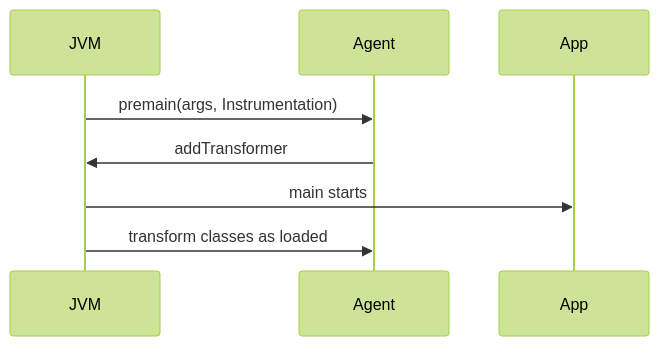
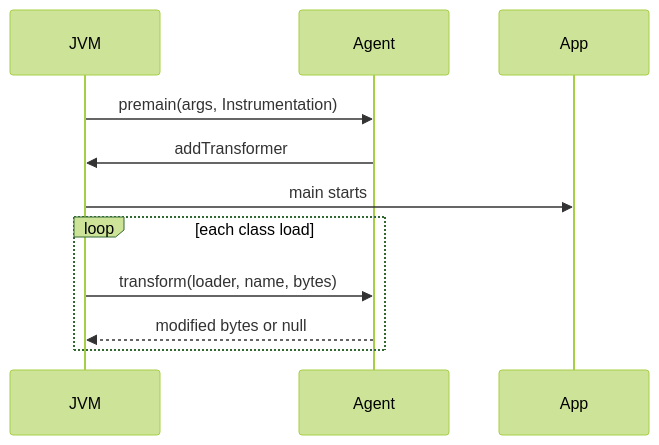
Before and after one commit to lostfromlight1/java-handbook: the diagram in 50-advanced-java/03-bytecode-and-agents.md, drawn with Mermaid (forest theme). The commit also changed other lines of this file and 3 other files, not shown here.

````diff
--- a/50-advanced-java/03-bytecode-and-agents.md
+++ b/50-advanced-java/03-bytecode-and-agents.md
@@ -43,10 +51,13 @@
 ```mermaid
 sequenceDiagram
   participant JVM
   participant Agent
   participant App
   JVM->>Agent: premain(args, Instrumentation)
   Agent->>JVM: addTransformer
   JVM->>App: main starts
-  JVM->>Agent: transform classes as loaded
+  loop each class load
+    JVM->>Agent: transform(loader, name, bytes)
+    Agent-->>JVM: modified bytes or null
+  end
 ```
````
